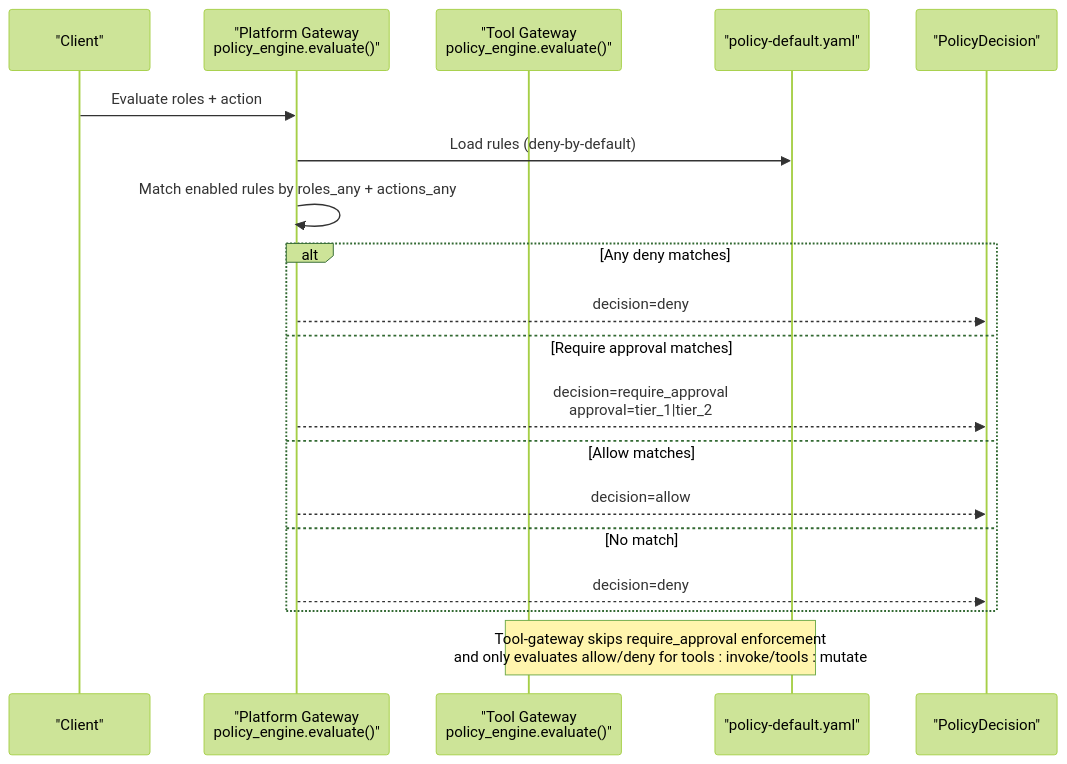
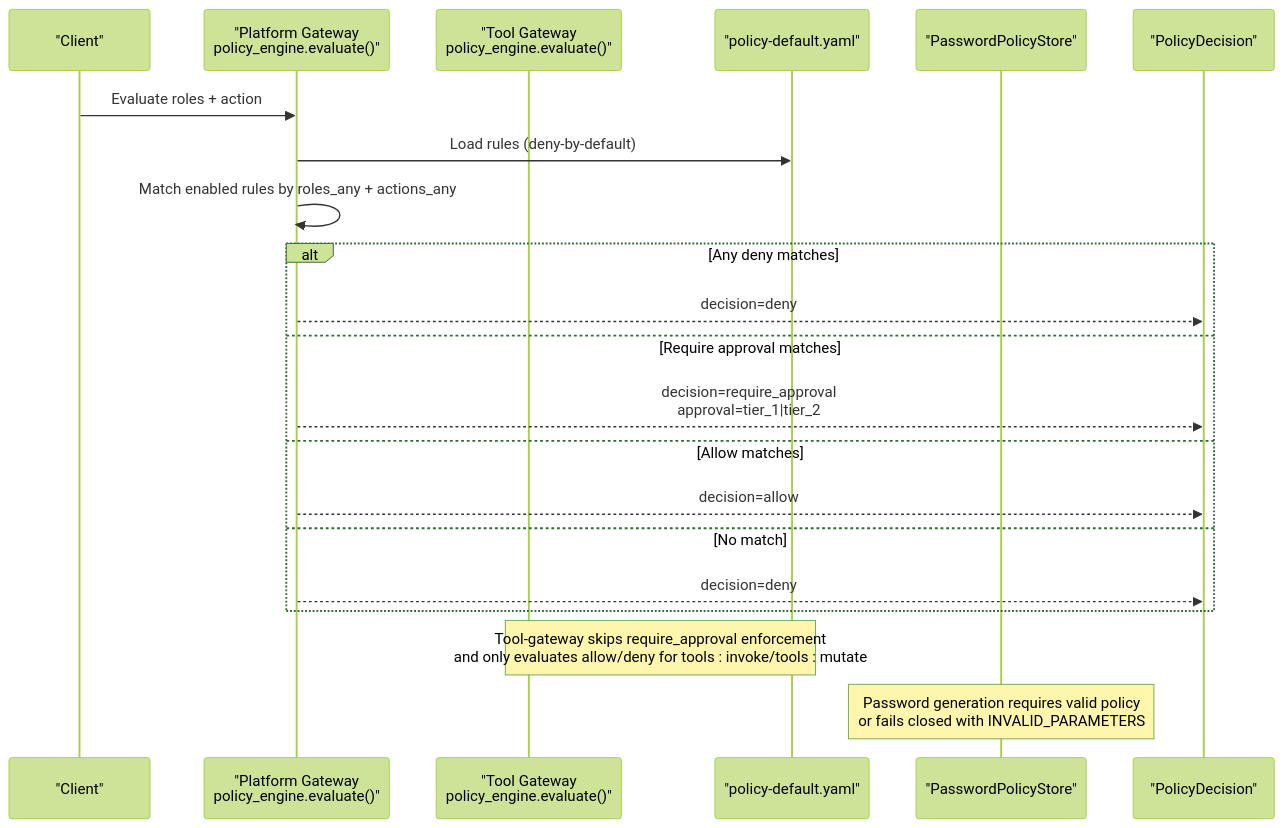
One commit to metasync/luban-aiops changed the second of 5 diagrams in .qoder/repowiki/en/content/Security and Authorization/Authorization Policies/Policy Rules and Schema.md. Above: the diagram before and after it, drawn with Mermaid (forest theme). The commit also changed other lines of this file and 56 other files, not shown here.

````diff
--- a/.qoder/repowiki/en/content/Security and Authorization/Authorization Policies/Policy Rules and Schema.md
+++ b/.qoder/repowiki/en/content/Security and Authorization/Authorization Policies/Policy Rules and Schema.md
@@ -108,21 +142,23 @@
 ```mermaid
 sequenceDiagram
 participant Client as "Client"
 participant PG as "Platform Gateway<br/>policy_engine.evaluate()"
 participant TG as "Tool Gateway<br/>policy_engine.evaluate()"
 participant Bundle as "policy-default.yaml"
+participant PolicyStore as "PasswordPolicyStore"
 participant Decision as "PolicyDecision"
 Client->>PG : Evaluate roles + action
 PG->>Bundle : Load rules (deny-by-default)
 PG->>PG : Match enabled rules by roles_any + actions_any
 alt Any deny matches
 PG-->>Decision : decision=deny
 else Require approval matches
 PG-->>Decision : decision=require_approval<br/>approval=tier_1|tier_2
 else Allow matches
 PG-->>Decision : decision=allow
 else No match
 PG-->>Decision : decision=deny
 end
 Note over TG,Bundle : Tool-gateway skips require_approval enforcement<br/>and only evaluates allow/deny for tools : invoke/tools : mutate
+Note over PolicyStore : Password generation requires valid policy<br/>or fails closed with INVALID_PARAMETERS
 ```
````
